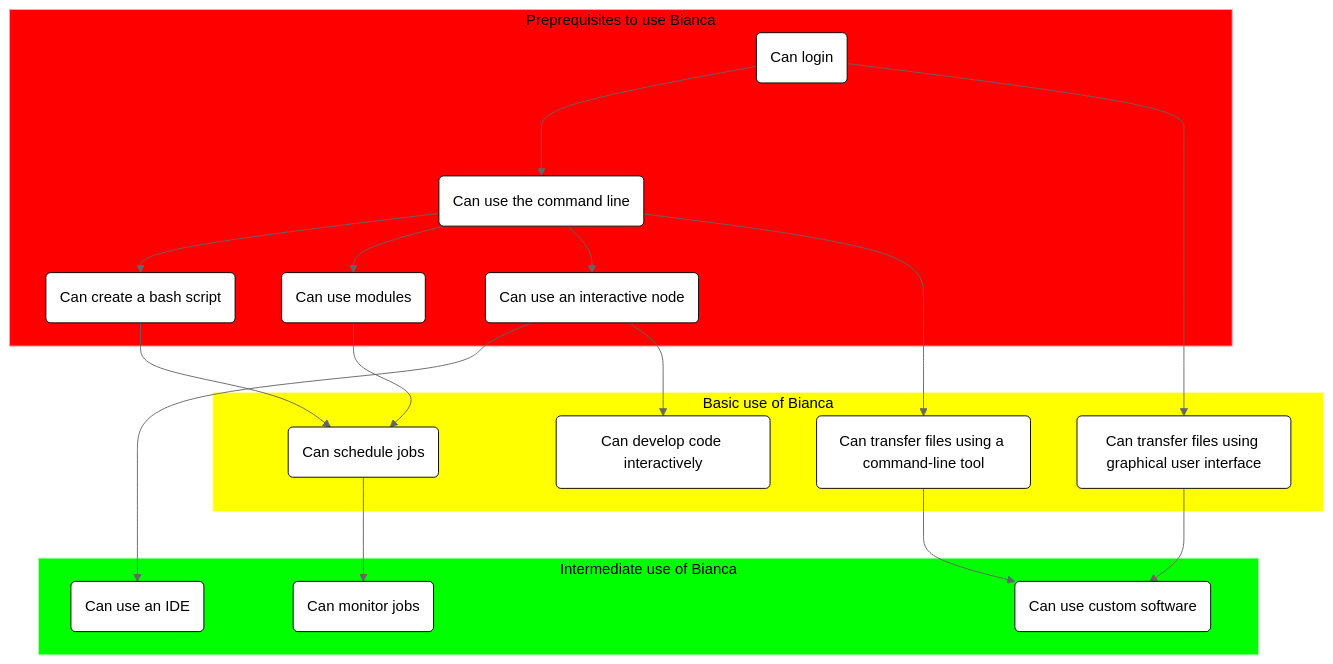
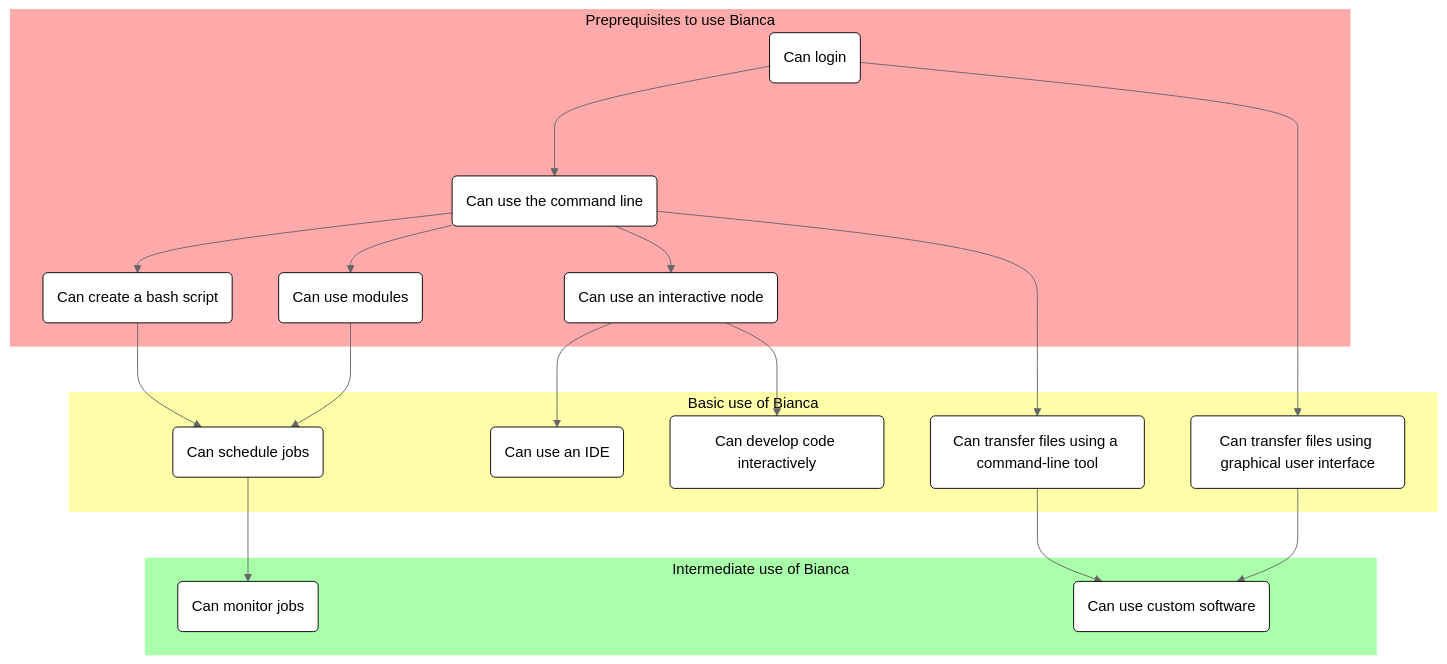
One commit to UPPMAX/bianca_workshop changed the diagram in docs/intro.md. Above: the diagram before and after it, drawn with Mermaid (neutral theme). The commit also changed 1 other file, not shown here.

Commit message:
Move overview of course graph to Intro session

````diff
--- a/docs/intro.md
+++ b/docs/intro.md
@@ -44,45 +44,44 @@
 ```mermaid
 flowchart TD
 
     %% Give a white background, instead of a transparent one
     classDef node fill:#fff,color:#000,stroke:#000
 
     subgraph sub_prerequisites["Preprequisites to use Bianca"]
       can_login(Can login)
       can_use_command_line(Can use the command line)
       can_create_bash_script(Can create a bash script)
       can_use_modules(Can use modules)
       can_use_interactive_node(Can use an interactive node)
     end
-    style sub_prerequisites fill:#f00,color:#000,stroke:#faa
+    style sub_prerequisites fill:#faa,color:#000,stroke:#faa
 
     subgraph sub_basic_use["Basic use of Bianca"]
       can_develop_code_interactively(Can develop code interactively)
       can_tranfer_files_using_gui(Can transfer files using graphical user interface)
       can_tranfer_files_using_cli(Can transfer files using a command-line tool)
       can_schedule_jobs(Can schedule jobs)
+      can_use_ide(Can use an IDE)
     end
-    style sub_basic_use fill:#ff0,color:#000,stroke:#ffa
+    style sub_basic_use fill:#ffa,color:#000,stroke:#ffa
 
     subgraph sub_intermediate_use["Intermediate use of Bianca"]
       can_use_custom_software(Can use custom software)
       can_monitor_jobs(Can monitor jobs)
-      %% Richel: I think this is basic use, as it is beginners that want this
-      can_use_ide(Can use an IDE)
     end
-    style sub_intermediate_use fill:#0f0,color:#000,stroke:#afa
+    style sub_intermediate_use fill:#afa,color:#000,stroke:#afa
 
     can_login ---> can_use_command_line
     can_login ---> can_tranfer_files_using_gui
     can_use_command_line --> can_create_bash_script
     can_use_command_line --> can_use_modules
     can_use_command_line --> can_use_interactive_node
     can_use_command_line --> can_tranfer_files_using_cli
     can_use_modules --> can_schedule_jobs
     can_create_bash_script --> can_schedule_jobs
     can_schedule_jobs --> can_monitor_jobs
     can_use_interactive_node --> can_use_ide
     can_use_interactive_node --> can_develop_code_interactively
     can_tranfer_files_using_cli --> can_use_custom_software
     can_tranfer_files_using_gui --> can_use_custom_software
 ```
````
